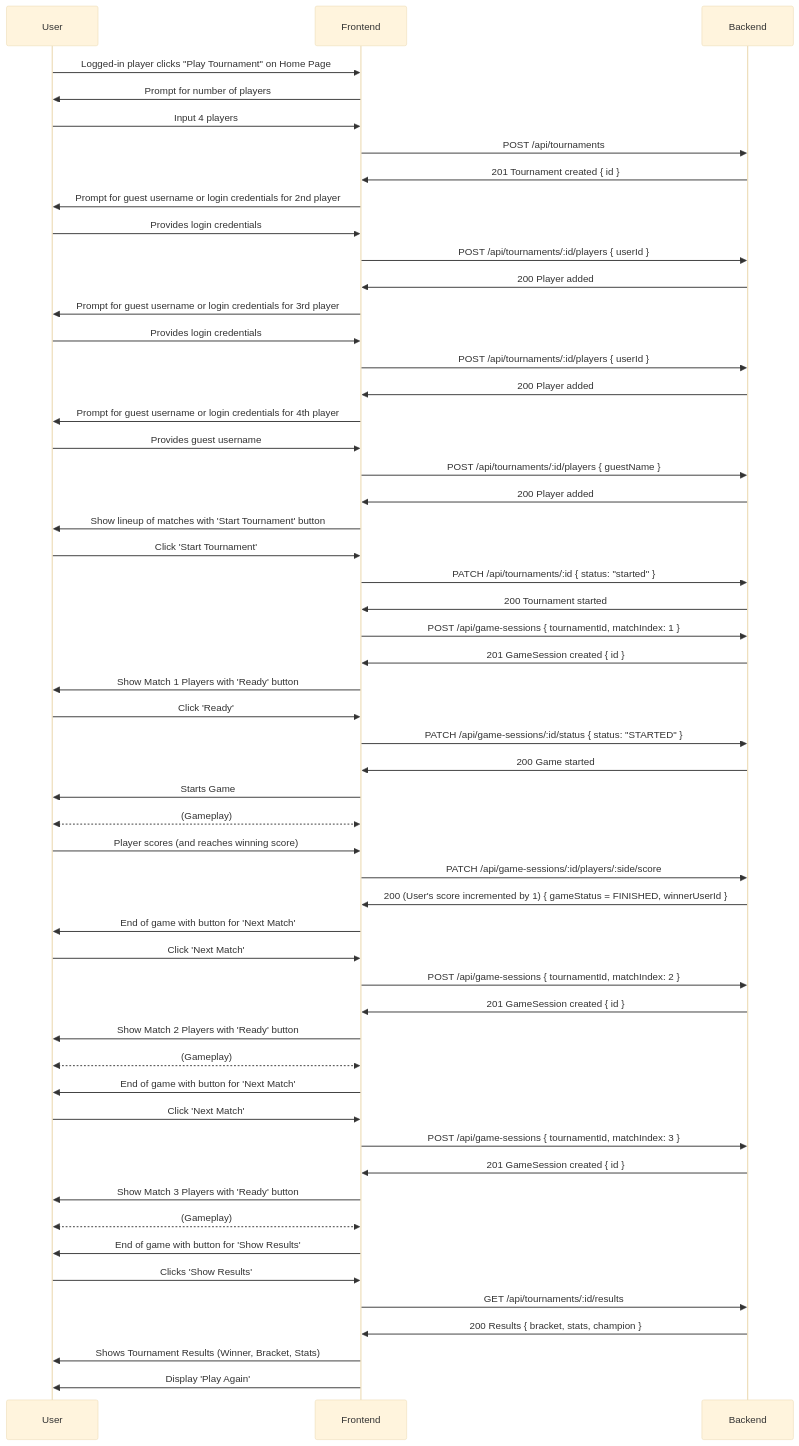
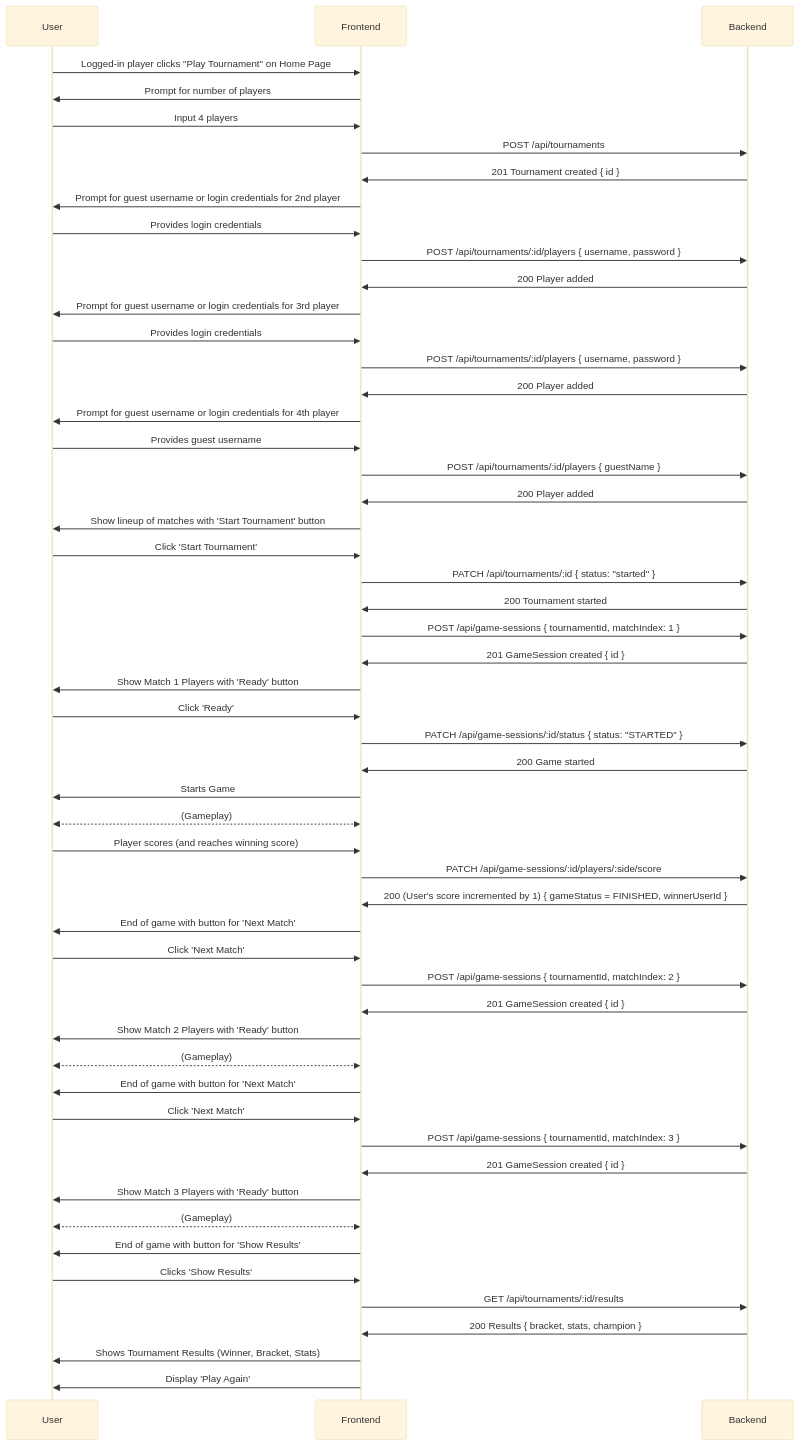
Before and after one commit to marsha-t/ft_transcendence: the diagram in documentation/tournament (BE).mmd, drawn with Mermaid (base theme). The commit also changed 6 other files, not shown here.

```diff
--- a/documentation/tournament (BE).mmd
+++ b/documentation/tournament (BE).mmd
@@ -1,69 +1,69 @@
 sequenceDiagram
     participant U as User
     participant FE as Frontend
     participant BE as Backend
 
     U->>FE: Logged-in player clicks "Play Tournament" on Home Page
     FE->>U: Prompt for number of players
     U->>FE: Input 4 players
 	FE->>BE: POST /api/tournaments 
     BE->>FE: 201 Tournament created { id }
 
     FE->>U: Prompt for guest username or login credentials for 2nd player
 	U->>FE: Provides login credentials
-	FE->>BE: POST /api/tournaments/:id/players { userId }
+	FE->>BE: POST /api/tournaments/:id/players { username, password }
 	BE->>FE: 200 Player added
     
 	FE->>U: Prompt for guest username or login credentials for 3rd player
 	U->>FE: Provides login credentials
-	FE->>BE: POST /api/tournaments/:id/players { userId }
+	FE->>BE: POST /api/tournaments/:id/players { username, password }
 	BE->>FE: 200 Player added
 	
 	FE->>U: Prompt for guest username or login credentials for 4th player
 	U->>FE: Provides guest username
 	FE->>BE: POST /api/tournaments/:id/players { guestName }
 	BE->>FE: 200 Player added
     
 	FE->>U: Show lineup of matches with 'Start Tournament' button
 	U->>FE: Click 'Start Tournament'
 	FE->>BE: PATCH /api/tournaments/:id { status: "started" }
     BE->>FE: 200 Tournament started
 	
     %% First game session
 	FE->>BE: POST /api/game-sessions { tournamentId, matchIndex: 1 }
     BE->>FE: 201 GameSession created { id }
 	FE->>U: Show Match 1 Players with 'Ready' button
 	U->>FE: Click 'Ready'
 	FE->>BE: PATCH /api/game-sessions/:id/status { status: "STARTED" }
 	BE->>FE: 200 Game started
 	
 	FE->>U: Starts Game
 	U<<-->>FE: (Gameplay)
 	U->>FE: Player scores (and reaches winning score)
     FE->>BE: PATCH /api/game-sessions/:id/players/:side/score
 	BE->>FE: 200 (User's score incremented by 1) { gameStatus = FINISHED, winnerUserId }
 	FE->>U: End of game with button for 'Next Match'
 
 
     %% Second game session
 	U->>FE: Click 'Next Match'
 	FE->>BE: POST /api/game-sessions { tournamentId, matchIndex: 2 }
     BE->>FE: 201 GameSession created { id }
 	FE->>U: Show Match 2 Players with 'Ready' button
 	U<<-->>FE: (Gameplay)
 	FE->>U: End of game with button for 'Next Match'
 	
 	
 	%% Final game session
 	U->>FE: Click 'Next Match'
 	FE->>BE: POST /api/game-sessions { tournamentId, matchIndex: 3 }
     BE->>FE: 201 GameSession created { id }
 	FE->>U: Show Match 3 Players with 'Ready' button
 	U<<-->>FE: (Gameplay)
 	FE->>U: End of game with button for 'Show Results'
 	
 	U->>FE: Clicks 'Show Results'
 	FE->>BE: GET /api/tournaments/:id/results
     BE->>FE: 200 Results { bracket, stats, champion }
 	FE->>U: Shows Tournament Results (Winner, Bracket, Stats)
 	FE->>U: Display 'Play Again'
```
